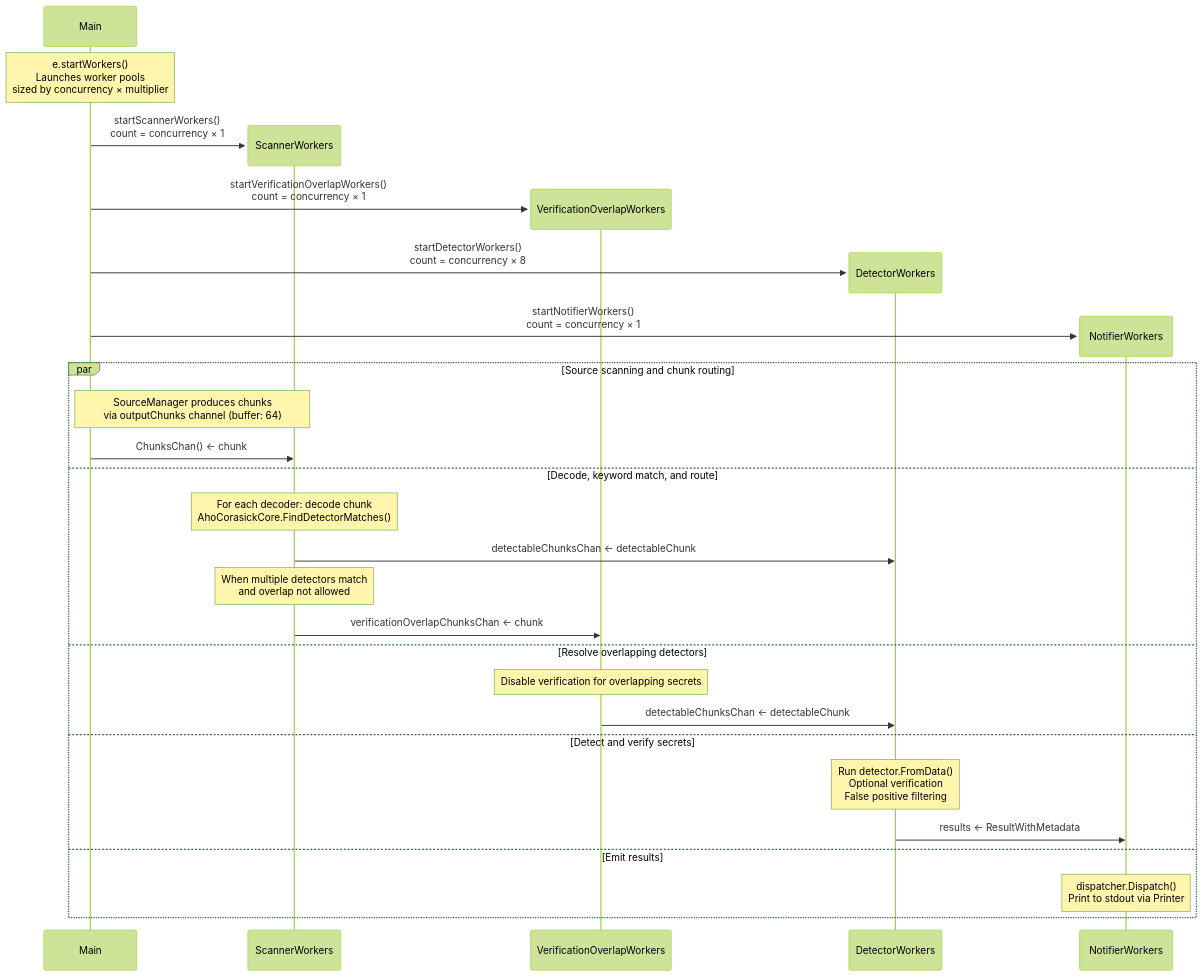
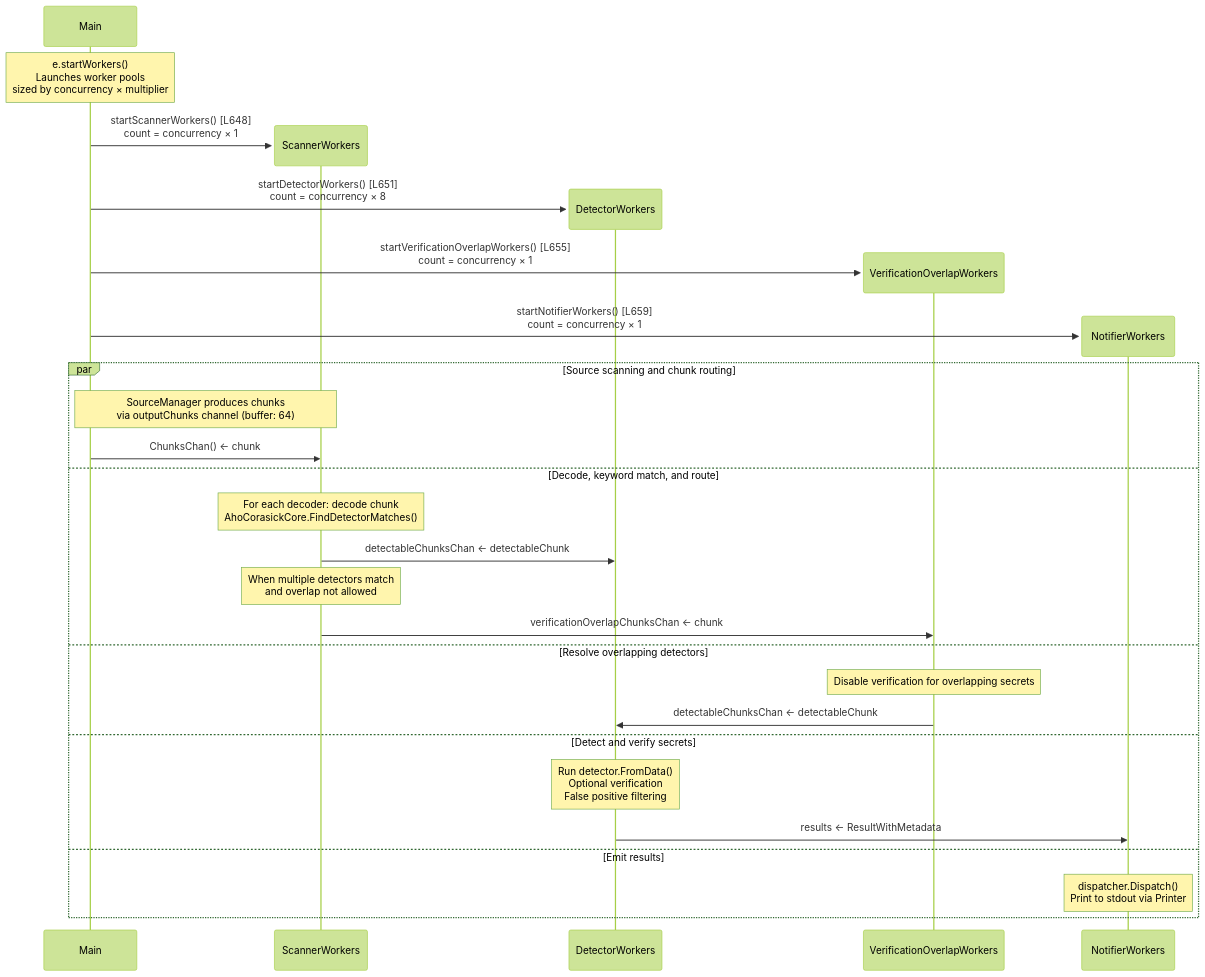
Before and after one commit to blitzy-research/trufflehog: the second of 4 diagrams in blitzy/documentation/trufflehog_e42153d44a5e.md, drawn with Mermaid (forest theme). The commit also changed other lines of this file, not shown here.

````diff
--- a/blitzy/documentation/trufflehog_e42153d44a5e.md
+++ b/blitzy/documentation/trufflehog_e42153d44a5e.md
@@ -923,35 +937,35 @@
 ```mermaid
 sequenceDiagram
     participant Main
     Note over Main: e.startWorkers()<br/>Launches worker pools<br/>sized by concurrency × multiplier
 
     create participant ScannerWorkers
-    Main->>ScannerWorkers: startScannerWorkers()<br/>count = concurrency × 1
+    Main->>ScannerWorkers: startScannerWorkers() [L648]<br/>count = concurrency × 1
+
+    create participant DetectorWorkers
+    Main->>DetectorWorkers: startDetectorWorkers() [L651]<br/>count = concurrency × 8
 
     create participant VerificationOverlapWorkers
-    Main->>VerificationOverlapWorkers: startVerificationOverlapWorkers()<br/>count = concurrency × 1
-
-    create participant DetectorWorkers
-    Main->>DetectorWorkers: startDetectorWorkers()<br/>count = concurrency × 8
+    Main->>VerificationOverlapWorkers: startVerificationOverlapWorkers() [L655]<br/>count = concurrency × 1
 
     create participant NotifierWorkers
-    Main->>NotifierWorkers: startNotifierWorkers()<br/>count = concurrency × 1
+    Main->>NotifierWorkers: startNotifierWorkers() [L659]<br/>count = concurrency × 1
 
     par Source scanning and chunk routing
         Note over Main,ScannerWorkers: SourceManager produces chunks<br/>via outputChunks channel (buffer: 64)
         Main->>ScannerWorkers: ChunksChan() ← chunk
     and Decode, keyword match, and route
         Note over ScannerWorkers: For each decoder: decode chunk<br/>AhoCorasickCore.FindDetectorMatches()
         ScannerWorkers->>DetectorWorkers: detectableChunksChan ← detectableChunk
         Note over ScannerWorkers: When multiple detectors match<br/>and overlap not allowed
         ScannerWorkers->>VerificationOverlapWorkers: verificationOverlapChunksChan ← chunk
     and Resolve overlapping detectors
         Note over VerificationOverlapWorkers: Disable verification for overlapping secrets
         VerificationOverlapWorkers->>DetectorWorkers: detectableChunksChan ← detectableChunk
     and Detect and verify secrets
         Note over DetectorWorkers: Run detector.FromData()<br/>Optional verification<br/>False positive filtering
         DetectorWorkers->>NotifierWorkers: results ← ResultWithMetadata
     and Emit results
         Note over NotifierWorkers: dispatcher.Dispatch()<br/>Print to stdout via Printer
     end
 ```
````
